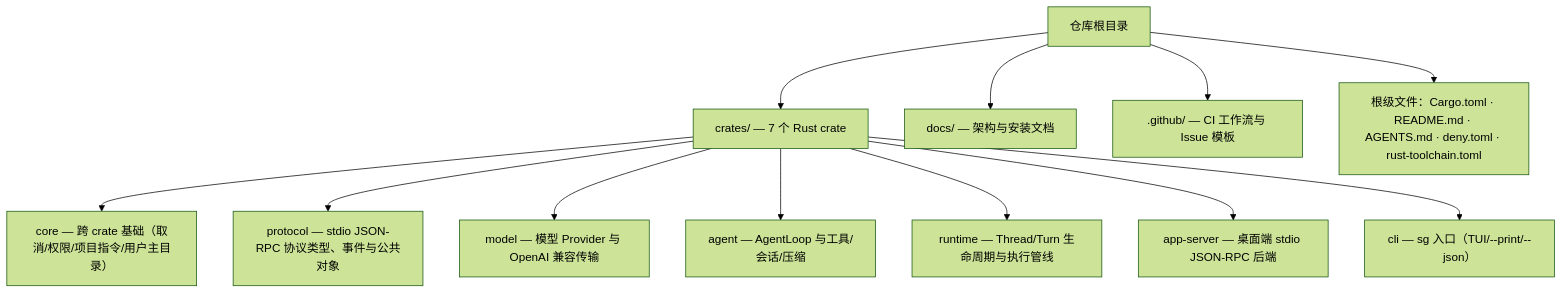
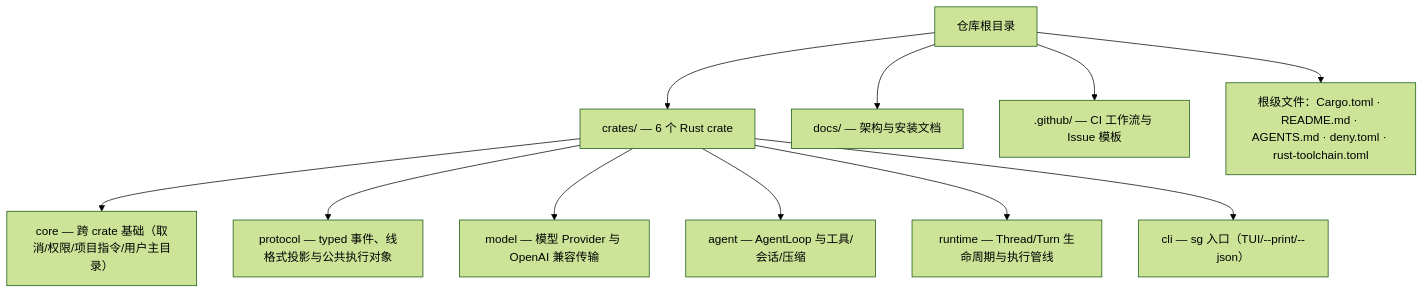
One commit to qjcnmd/singularity-agent changed the first of 9 diagrams in docs/repository-map.md. Above: the diagram before and after it, drawn with Mermaid (forest theme). The commit also changed other lines of this file and 100 other files, not shown here.

````diff
--- a/docs/repository-map.md
+++ b/docs/repository-map.md
@@ -8,17 +8,16 @@
 ```mermaid
 flowchart TD
     ROOT["仓库根目录"]
 
-    ROOT --> CRATES["crates/ — 7 个 Rust crate"]
+    ROOT --> CRATES["crates/ — 6 个 Rust crate"]
     ROOT --> DOCS["docs/ — 架构与安装文档"]
     ROOT --> GITHUB[".github/ — CI 工作流与 Issue 模板"]
     ROOT --> ROOTFILES["根级文件：Cargo.toml · README.md · AGENTS.md · deny.toml · rust-toolchain.toml"]
 
     CRATES --> C1["core — 跨 crate 基础（取消/权限/项目指令/用户主目录）"]
-    CRATES --> C2["protocol — stdio JSON-RPC 协议类型、事件与公共对象"]
+    CRATES --> C2["protocol — typed 事件、线格式投影与公共执行对象"]
     CRATES --> C3["model — 模型 Provider 与 OpenAI 兼容传输"]
     CRATES --> C4["agent — AgentLoop 与工具/会话/压缩"]
     CRATES --> C5["runtime — Thread/Turn 生命周期与执行管线"]
-    CRATES --> C6["app-server — 桌面端 stdio JSON-RPC 后端"]
-    CRATES --> C7["cli — sg 入口（TUI/--print/--json）"]
+    CRATES --> C6["cli — sg 入口（TUI/--print/--json）"]
 ```
````
